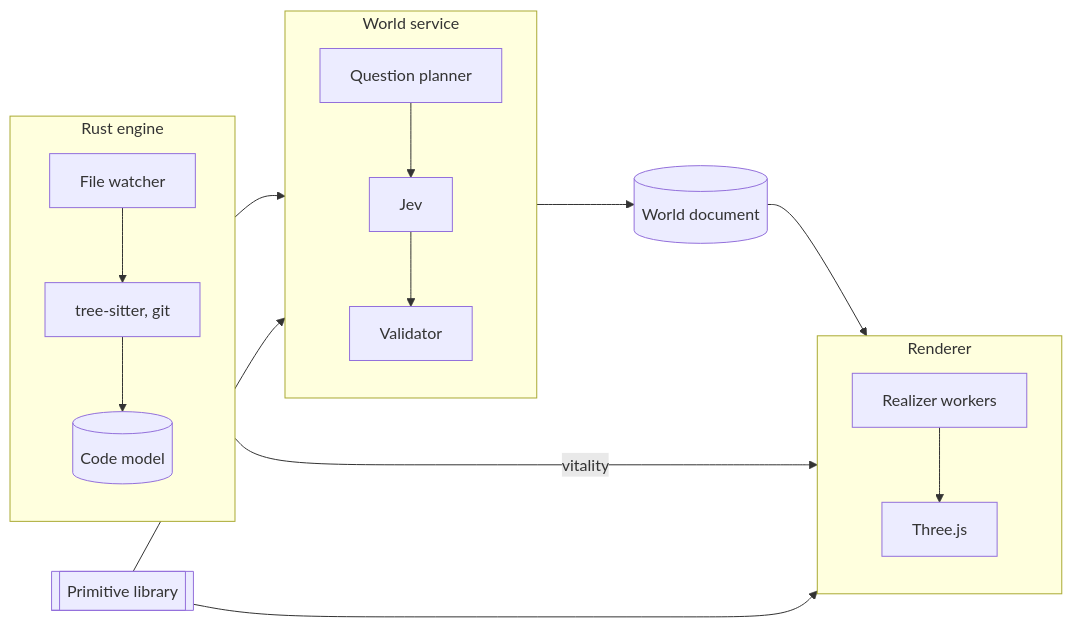
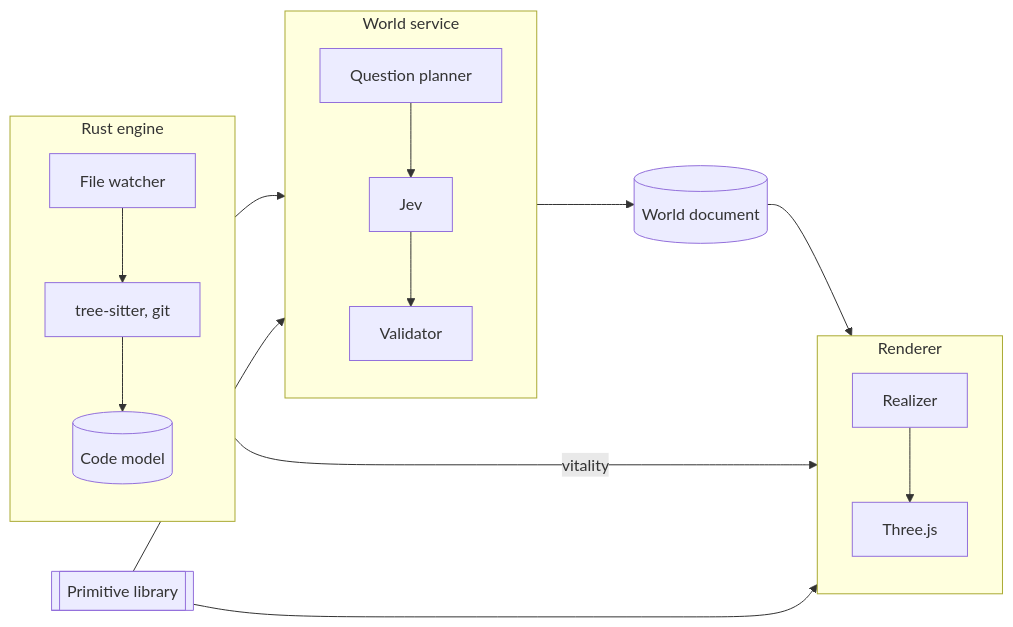
The diagram in README.md (RyanSaxe/gaia), drawn with Mermaid before and after one commit. The commit also changed other lines of this file and 1 other file, not shown here.

Commit message:
Docs: the realizer runs on the renderer's main thread in slice 1

````diff
--- a/README.md
+++ b/README.md
@@ -8,21 +8,21 @@
 ```mermaid
 flowchart LR
   subgraph engine [Rust engine]
     direction TB
     watch["File watcher"] --> parse["tree-sitter, git"] --> facts[("Code model")]
   end
   subgraph service [World service]
     direction TB
     plan["Question planner"] --> jev["Jev"] --> check["Validator"]
   end
   subgraph renderer [Renderer]
     direction TB
-    realize["Realizer workers"] --> draw["Three.js"]
+    realize["Realizer"] --> draw["Three.js"]
   end
   engine --> service
   service --> doc[("World document")]
   doc --> renderer
   engine -- vitality --> renderer
   prims[["Primitive library"]] --> service
   prims --> renderer
 ```
````
